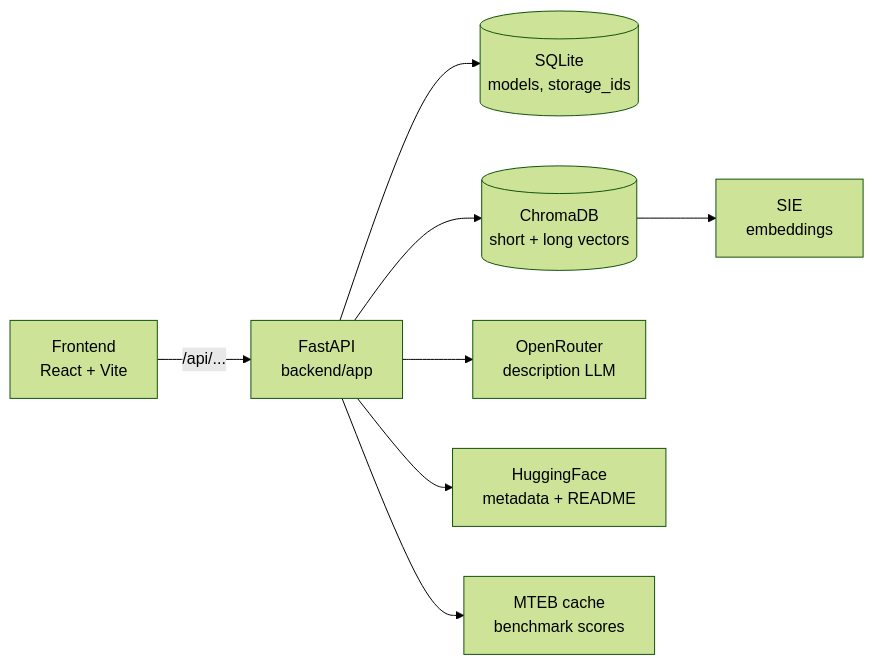
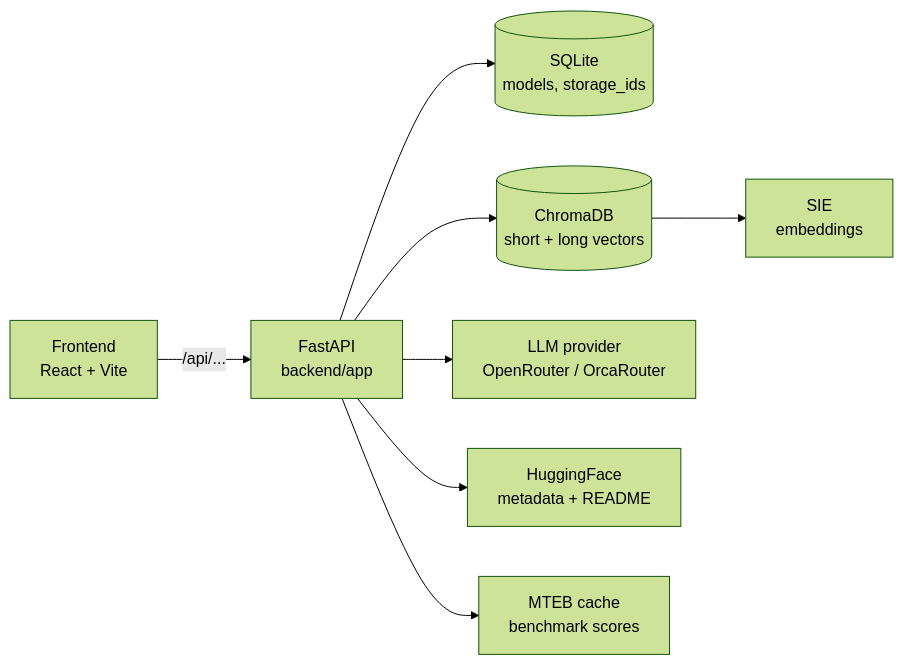
One commit to superlinked/sie changed the diagram in examples/sie-hugging-face-mteb-semantic-search/README.md. Above: the diagram before and after it, drawn with Mermaid (forest theme). The commit also changed other lines of this file and 8 other files, not shown here.

First line of the commit message:
feat(example): add OrcaRouter as a selectable LLM provider for description generation

````diff
--- a/examples/sie-hugging-face-mteb-semantic-search/README.md
+++ b/examples/sie-hugging-face-mteb-semantic-search/README.md
@@ -59,19 +61,19 @@
 ```mermaid
 flowchart LR
     UI[Frontend<br/>React + Vite]
     API[FastAPI<br/>backend/app]
     SQL[(SQLite<br/>models, storage_ids)]
     Chroma[(ChromaDB<br/>short + long vectors)]
     SIE[SIE<br/>embeddings]
-    OR[OpenRouter<br/>description LLM]
+    OR[LLM provider<br/>OpenRouter / OrcaRouter]
     HF[HuggingFace<br/>metadata + README]
     MTEB[MTEB cache<br/>benchmark scores]
 
     UI -->|/api/...| API
     API --> SQL
     API --> Chroma
     Chroma --> SIE
     API --> OR
     API --> HF
     API --> MTEB
 ```
````
